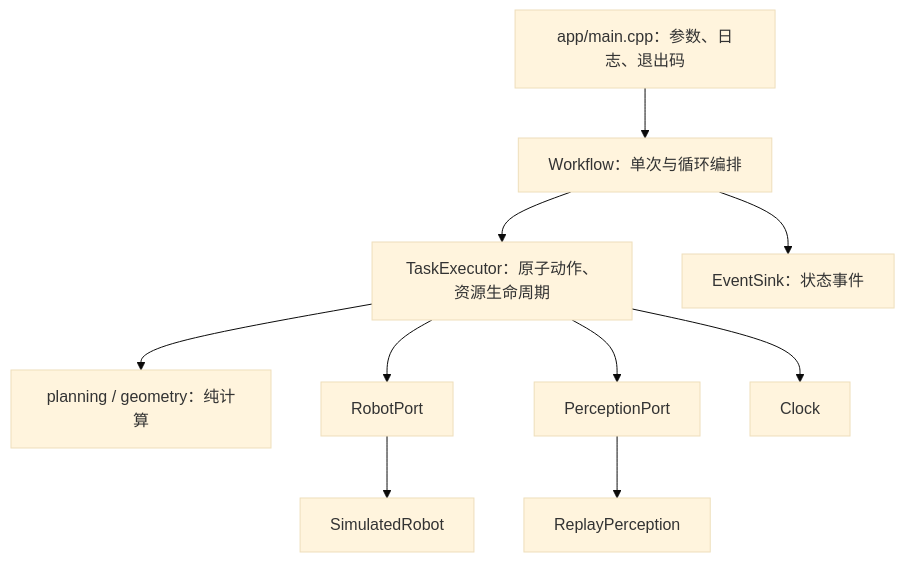
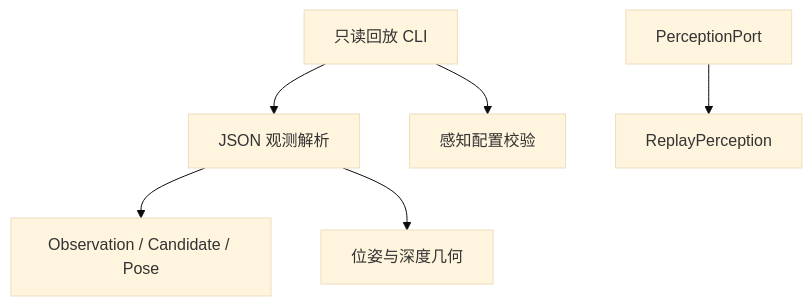
Before and after one commit to jade2-fff/robmove: the diagram in docs/architecture.md, drawn with Mermaid (base theme). The commit also changed other lines of this file and 52 other files, not shown here.

````diff
--- a/docs/architecture.md
+++ b/docs/architecture.md
@@ -7,12 +5,8 @@
 ```mermaid
 flowchart TD
-    CLI[app/main.cpp：参数、日志、退出码] --> WF[Workflow：单次与循环编排]
-    WF --> TASK[TaskExecutor：原子动作、资源生命周期]
-    TASK --> PLAN[planning / geometry：纯计算]
-    TASK --> ROBOT[RobotPort]
-    TASK --> VISION[PerceptionPort]
-    TASK --> TIME[Clock]
-    ROBOT --> SIM[SimulatedRobot]
-    VISION --> REPLAY[ReplayPerception]
-    WF --> EVENTS[EventSink：状态事件]
+    CLI[只读回放 CLI] --> Replay[JSON 观测解析]
+    Replay --> Types[Observation / Candidate / Pose]
+    Replay --> Geometry[位姿与深度几何]
+    CLI --> Config[感知配置校验]
+    Port[PerceptionPort] --> Adapter[ReplayPerception]
 ```
````
